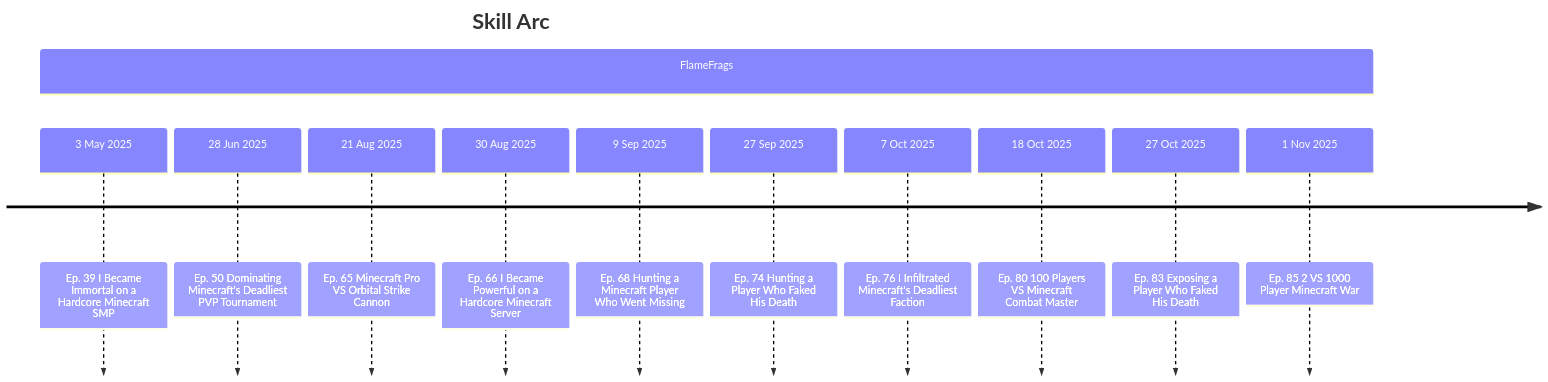
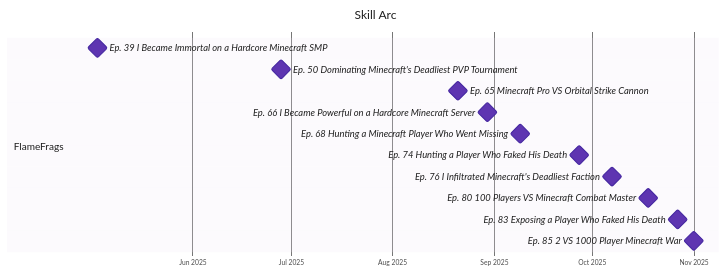
Before and after one commit to That1Guy005/Unstable-Wiki: the diagram in docs/arcs/skill-arc.md, drawn with Mermaid. The commit also changed other lines of this file and 57 other files, not shown here.

Commit message:
feat: improved readability charts

````diff
--- a/docs/arcs/skill-arc.md
+++ b/docs/arcs/skill-arc.md
@@ -23,15 +25,19 @@
 ```mermaid
-timeline
+%%{init: {"theme": "base", "themeVariables": {"fontFamily": "Roboto, Helvetica, Arial, sans-serif", "fontSize": "15px", "primaryTextColor": "#1f1f1f", "textColor": "#1f1f1f", "titleColor": "#1f1f1f", "gridColor": "#d0d0d8", "taskBkgColor": "#5e35b1", "taskBorderColor": "#4527a0", "taskTextColor": "#ffffff", "taskTextLightColor": "#ffffff", "taskTextDarkColor": "#1f1f1f", "taskTextOutsideColor": "#1f1f1f", "taskTextClickableColor": "#1f1f1f", "sectionBkgColor": "#ede7f6", "altSectionBkgColor": "#ffffff", "sectionBkgColor2": "#fff3d6"}, "gantt": {"barHeight": 26, "barGap": 6, "fontSize": 14, "sectionFontSize": 15, "leftPadding": 135, "topPadding": 54, "gridLineStartPadding": 40, "titleTopMargin": 24}, "themeCSS": ".titleText{font-size:20px;font-weight:600;fill:#1f1f1f} .sectionTitle{font-size:15px;font-weight:600;fill:#1f1f1f} .tick text{font-size:13px;fill:#333} .taskText,.taskTextOutsideRight,.taskTextOutsideLeft{font-size:14px} .milestone{fill:#5e35b1;stroke:#4527a0}"}}%%
+gantt
     title Skill Arc
+    dateFormat YYYY-MM-DD
+    axisFormat %b %Y
+    todayMarker off
     section FlameFrags
-        3 May 2025 : Ep. 39 I Became Immortal on a Hardcore Minecraft SMP
-        28 Jun 2025 : Ep. 50 Dominating Minecraft's Deadliest PVP Tournament
-        21 Aug 2025 : Ep. 65 Minecraft Pro VS Orbital Strike Cannon
-        30 Aug 2025 : Ep. 66 I Became Powerful on a Hardcore Minecraft Server
-        9 Sep 2025 : Ep. 68 Hunting a Minecraft Player Who Went Missing
-        27 Sep 2025 : Ep. 74 Hunting a Player Who Faked His Death
-        7 Oct 2025 : Ep. 76 I Infiltrated Minecraft's Deadliest Faction
-        18 Oct 2025 : Ep. 80 100 Players VS Minecraft Combat Master
-        27 Oct 2025 : Ep. 83 Exposing a Player Who Faked His Death
-        1 Nov 2025 : Ep. 85 2 VS 1000 Player Minecraft War
+    Ep. 39 I Became Immortal on a Hardcore Minecraft SMP : milestone, m0, 2025-05-03, 0d
+    Ep. 50 Dominating Minecraft's Deadliest PVP Tournament : milestone, m1, 2025-06-28, 0d
+    Ep. 65 Minecraft Pro VS Orbital Strike Cannon : milestone, m2, 2025-08-21, 0d
+    Ep. 66 I Became Powerful on a Hardcore Minecraft Server : milestone, m3, 2025-08-30, 0d
+    Ep. 68 Hunting a Minecraft Player Who Went Missing : milestone, m4, 2025-09-09, 0d
+    Ep. 74 Hunting a Player Who Faked His Death : milestone, m5, 2025-09-27, 0d
+    Ep. 76 I Infiltrated Minecraft's Deadliest Faction : milestone, m6, 2025-10-07, 0d
+    Ep. 80 100 Players VS Minecraft Combat Master : milestone, m7, 2025-10-18, 0d
+    Ep. 83 Exposing a Player Who Faked His Death : milestone, m8, 2025-10-27, 0d
+    Ep. 85 2 VS 1000 Player Minecraft War : milestone, m9, 2025-11-01, 0d
 ```
````
